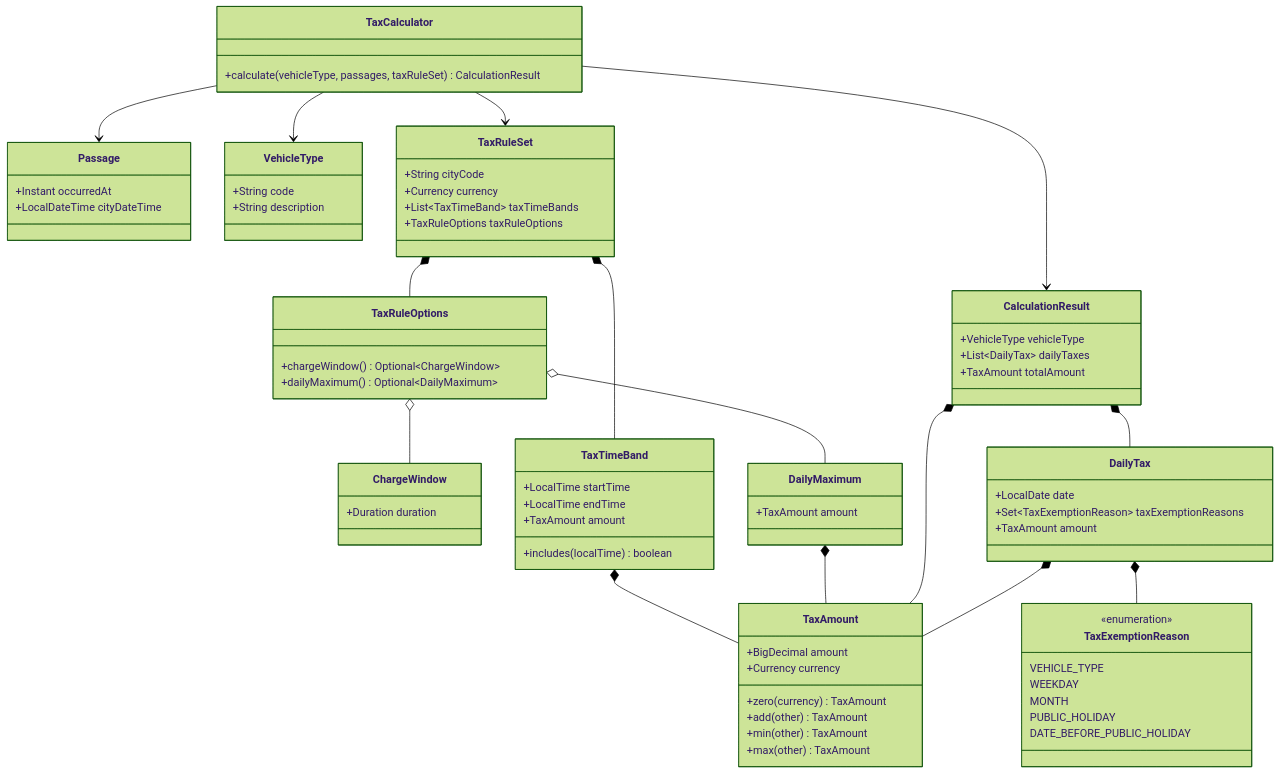
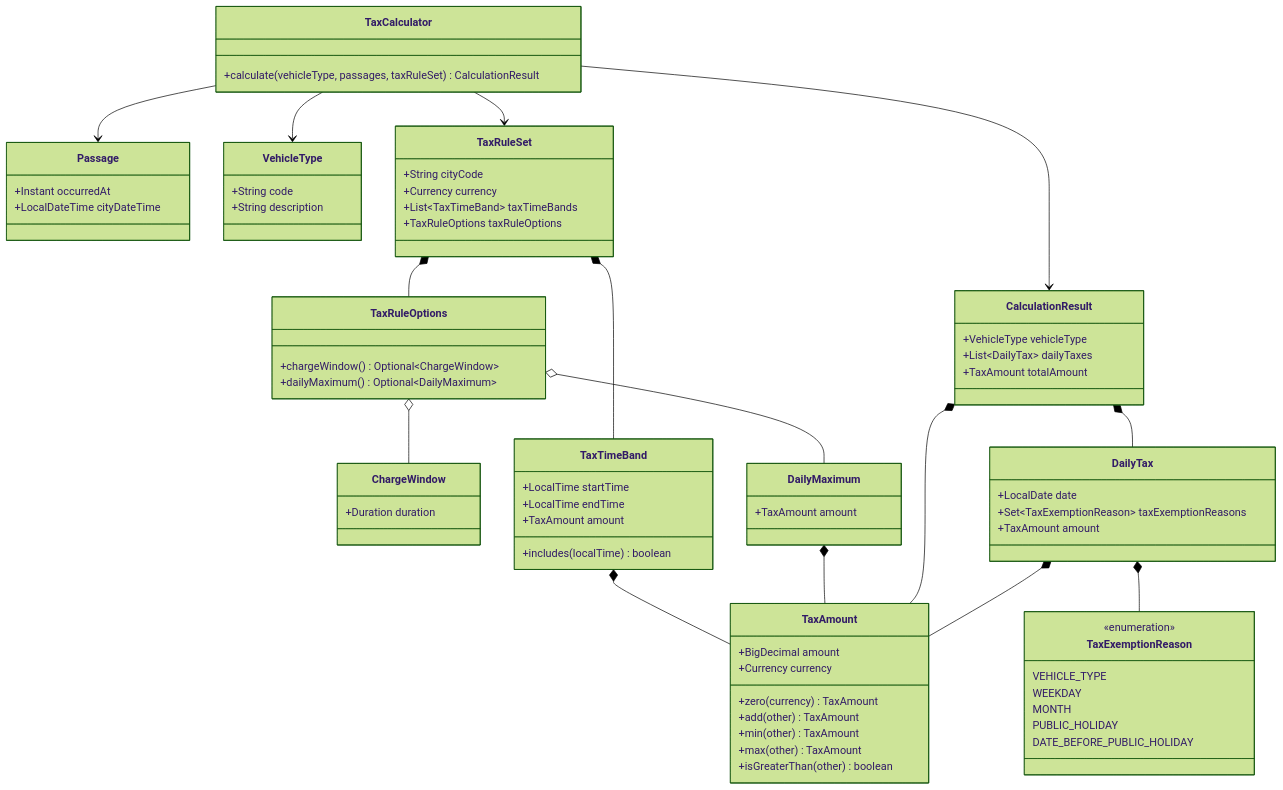
The diagram in docs/design/calculation.md (igrgin/congestion-tax-calculator), drawn with Mermaid (forest theme) before and after one commit. The commit also changed other lines of this file and 8 other files, not shown here.

```diff
--- a/docs/design/calculation.md
+++ b/docs/design/calculation.md
@@ -148,6 +148,7 @@
         +add(other) TaxAmount
         +min(other) TaxAmount
         +max(other) TaxAmount
+        +isGreaterThan(other) boolean
     }
 
     class TaxExemptionReason {
```
